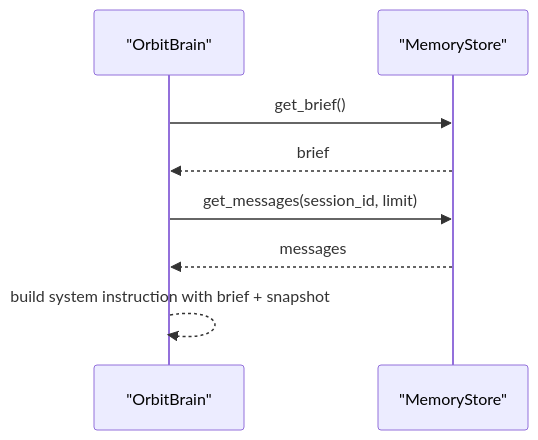
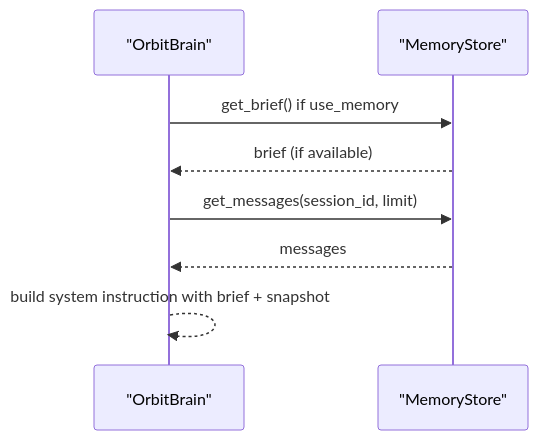
Before and after one commit to Sovetsky-Soyuz/AI-Assistant: the sixth of 9 diagrams in .qoder/repowiki/en/content/Backend Components/AI Assistant Engine/Memory Integration and Data Persistence.md, drawn with Mermaid. The commit also changed other lines of this file and 15 other files, not shown here.

````diff
--- a/.qoder/repowiki/en/content/Backend Components/AI Assistant Engine/Memory Integration and Data Persistence.md
+++ b/.qoder/repowiki/en/content/Backend Components/AI Assistant Engine/Memory Integration and Data Persistence.md
@@ -289,10 +332,10 @@
 ```mermaid
 sequenceDiagram
 participant Brain as "OrbitBrain"
 participant Store as "MemoryStore"
-Brain->>Store : get_brief()
-Store-->>Brain : brief
+Brain->>Store : get_brief() if use_memory
+Store-->>Brain : brief (if available)
 Brain->>Store : get_messages(session_id, limit)
 Store-->>Brain : messages
 Brain-->>Brain : build system instruction with brief + snapshot
 ```
````
